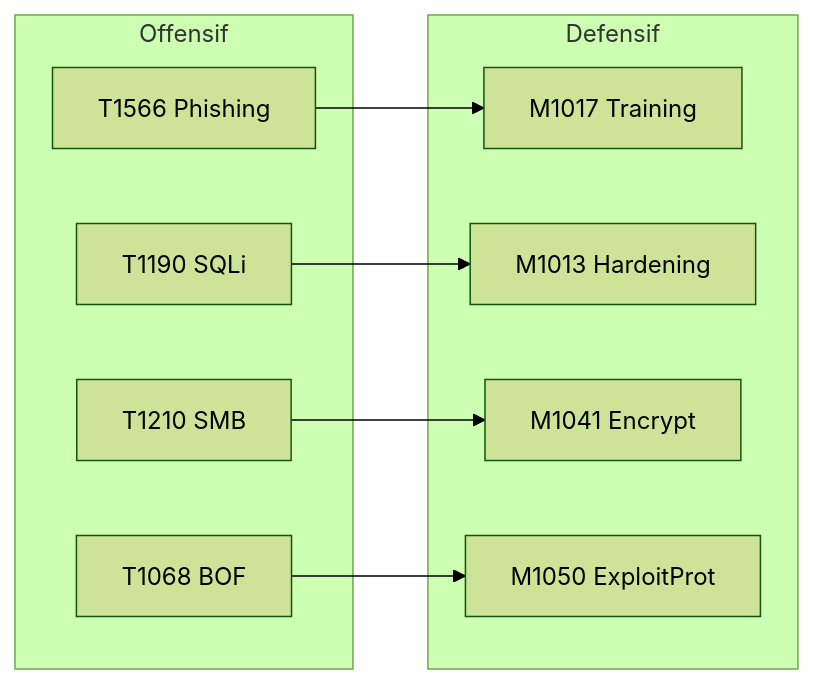
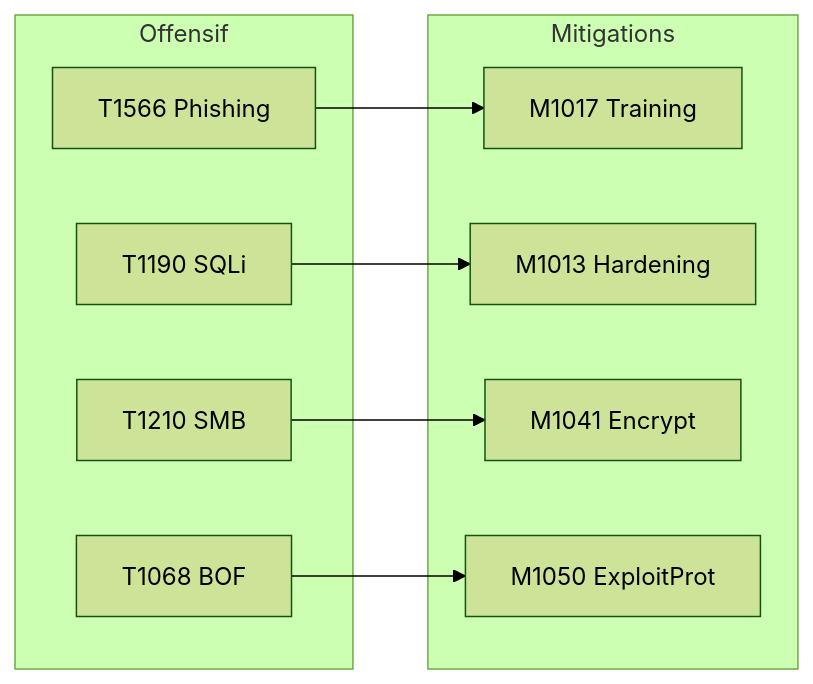
One commit to yugmerabtene/techniques-de-hacking-niveau-1 changed the first of 2 diagrams in JOUR-04.md. Above: the diagram before and after it, drawn with Mermaid (forest theme). The commit also changed other lines of this file and 12 other files, not shown here.

````diff
--- a/JOUR-04.md
+++ b/JOUR-04.md
@@ -31,10 +32,10 @@
 ```mermaid
 flowchart LR
     subgraph OFF["Offensif"]
         T1566["T1566 Phishing"] ; T1190["T1190 SQLi"] ; T1210["T1210 SMB"] ; T1068["T1068 BOF"]
     end
-    subgraph DEF["Defensif"]
+    subgraph DEF["Mitigations"]
         M1017["M1017 Training"] ; M1013["M1013 Hardening"] ; M1041["M1041 Encrypt"] ; M1050["M1050 ExploitProt"]
     end
     T1566 --> M1017 ; T1190 --> M1013 ; T1210 --> M1041 ; T1068 --> M1050
 ```
````
